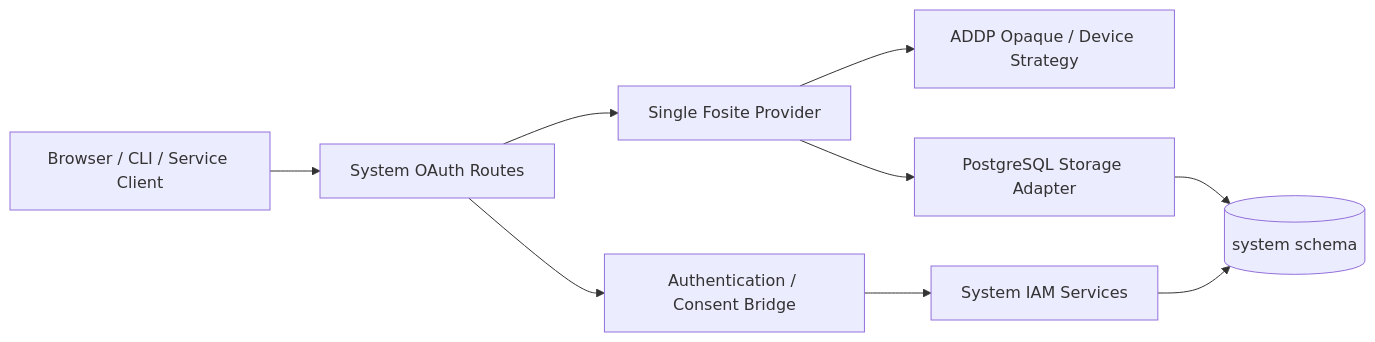
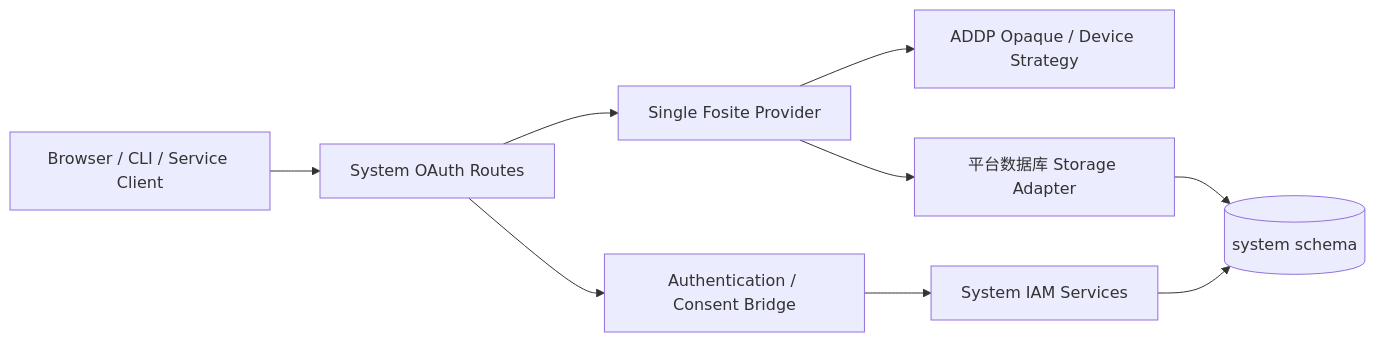
Before and after one commit to pampa0629/addp: the diagram in system/docs/OAuth与Fosite实现说明.md, drawn with Mermaid. The commit also changed other lines of this file and 11 other files, not shown here.

````diff
--- a/system/docs/OAuth与Fosite实现说明.md
+++ b/system/docs/OAuth与Fosite实现说明.md
@@ -37,11 +37,11 @@
 ```mermaid
 flowchart LR
     Client["Browser / CLI / Service Client"] --> Router["System OAuth Routes"]
     Router --> Bridge["Authentication / Consent Bridge"]
     Router --> Provider["Single Fosite Provider"]
     Provider --> Strategy["ADDP Opaque / Device Strategy"]
-    Provider --> Storage["PostgreSQL Storage Adapter"]
+    Provider --> Storage["平台数据库 Storage Adapter"]
     Bridge --> IAM["System IAM Services"]
     Storage --> DB[("system schema")]
     IAM --> DB
 ```
````
